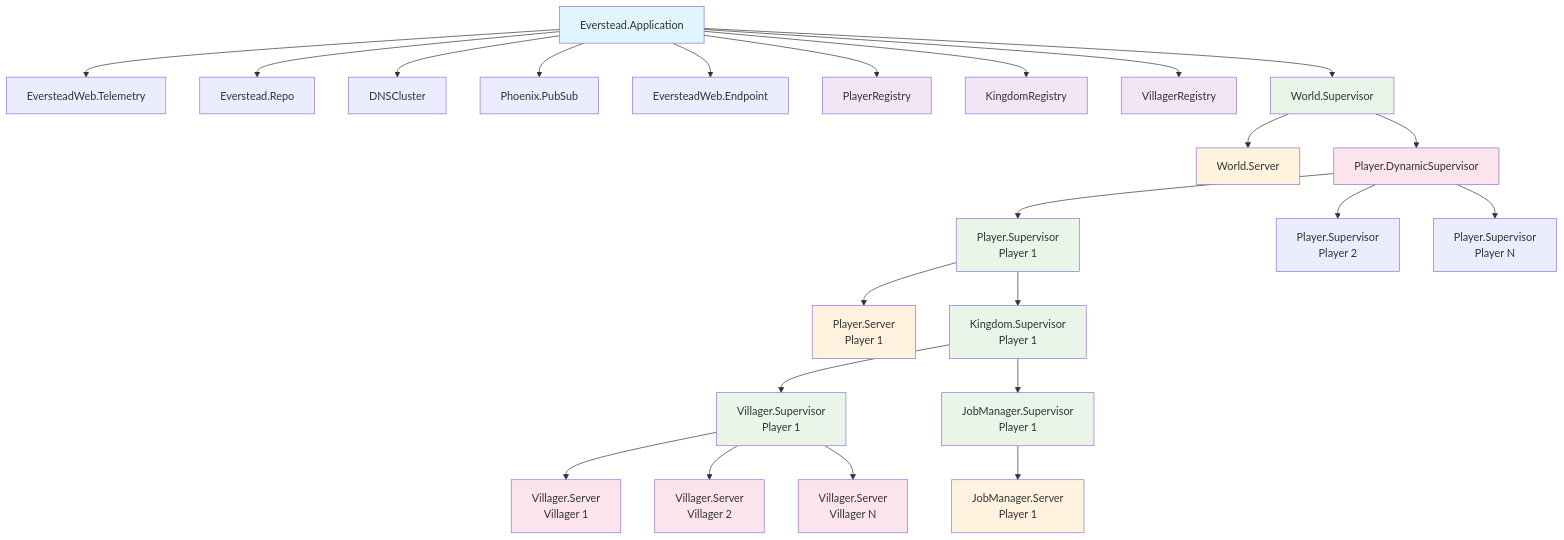
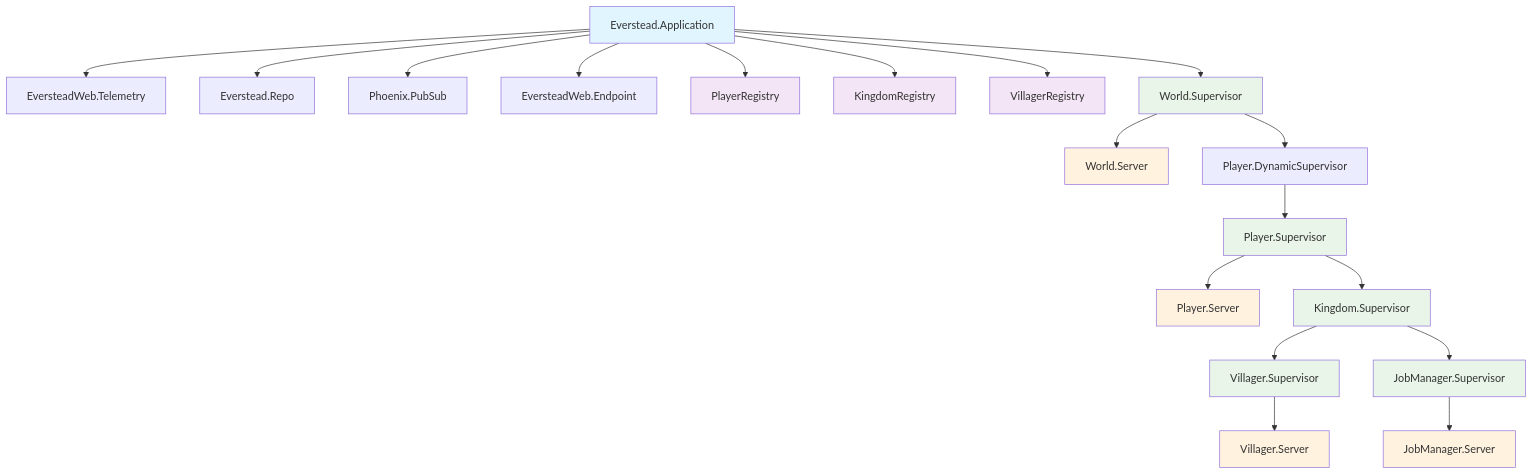
One commit to ccarvalho-eng/everstead changed the first of 2 diagrams in docs/architecture.md. Above: the diagram before and after it, drawn with Mermaid. The commit also changed other lines of this file, not shown here.

First line of the commit message:
docs: simplify architecture to remove duplication and verbosity

````diff
--- a/docs/architecture.md
+++ b/docs/architecture.md
@@ -5,58 +5,35 @@
 ```mermaid
 graph TB
-    %% Application Level
     App[Everstead.Application]
-    
-    %% Core Infrastructure
     App --> Telemetry[EversteadWeb.Telemetry]
     App --> Repo[Everstead.Repo]
-    App --> DNS[DNSCluster]
     App --> PubSub[Phoenix.PubSub]
     App --> Endpoint[EversteadWeb.Endpoint]
-    
-    %% Registries
     App --> PlayerReg[PlayerRegistry]
     App --> KingdomReg[KingdomRegistry]
     App --> VillagerReg[VillagerRegistry]
-    
-    %% Main Simulation Tree
     App --> WorldSup[World.Supervisor]
     
-    %% World Level
     WorldSup --> WorldServer[World.Server]
     WorldSup --> PlayerDynSup[Player.DynamicSupervisor]
     
-    %% Player Level (Dynamic)
-    PlayerDynSup --> PlayerSup1[Player.Supervisor<br/>Player 1]
-    PlayerDynSup --> PlayerSup2[Player.Supervisor<br/>Player 2]
-    PlayerDynSup --> PlayerSupN[Player.Supervisor<br/>Player N]
+    PlayerDynSup --> PlayerSup[Player.Supervisor]
+    PlayerSup --> PlayerServer[Player.Server]
+    PlayerSup --> KingdomSup[Kingdom.Supervisor]
     
-    %% Individual Player Structure
-    PlayerSup1 --> PlayerServer1[Player.Server<br/>Player 1]
-    PlayerSup1 --> KingdomSup1[Kingdom.Supervisor<br/>Player 1]
+    KingdomSup --> VillagerSup[Villager.Supervisor]
+    KingdomSup --> JobManagerSup[JobManager.Supervisor]
     
-    %% Kingdom Level
-    KingdomSup1 --> VillagerSup1[Villager.Supervisor<br/>Player 1]
-    KingdomSup1 --> JobManagerSup1[JobManager.Supervisor<br/>Player 1]
+    VillagerSup --> VillagerServer[Villager.Server]
+    JobManagerSup --> JobManagerServer[JobManager.Server]
     
-    %% Villager Level (Dynamic)
-    VillagerSup1 --> Villager1[Villager.Server<br/>Villager 1]
-    VillagerSup1 --> Villager2[Villager.Server<br/>Villager 2]
-    VillagerSup1 --> VillagerN[Villager.Server<br/>Villager N]
-    
-    %% Job Manager Level
-    JobManagerSup1 --> JobManager1[JobManager.Server<br/>Player 1]
-    
-    %% Styling
     classDef application fill:#e1f5fe
     classDef registry fill:#f3e5f5
     classDef supervisor fill:#e8f5e8
     classDef server fill:#fff3e0
-    classDef dynamic fill:#fce4ec
     
     class App application
     class PlayerReg,KingdomReg,VillagerReg registry
-    class WorldSup,PlayerSup1,KingdomSup1,VillagerSup1,JobManagerSup1 supervisor
-    class WorldServer,PlayerServer1,JobManager1 server
-    class PlayerDynSup,Villager1,Villager2,VillagerN dynamic
+    class WorldSup,PlayerSup,KingdomSup,VillagerSup,JobManagerSup supervisor
+    class WorldServer,PlayerServer,VillagerServer,JobManagerServer server
 ```
````
